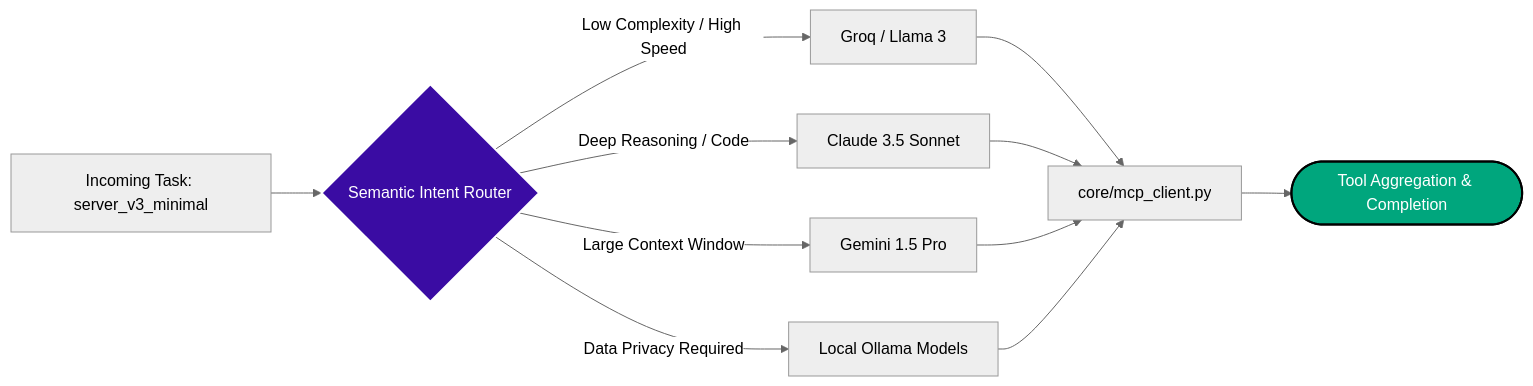
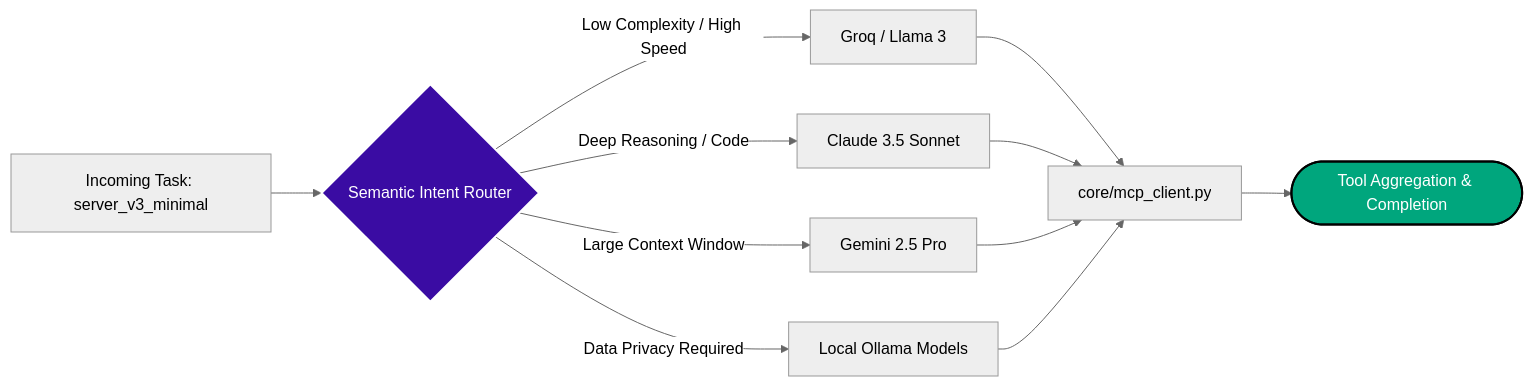
Before and after one commit to SIXxMENDER/Psiquis-X: the diagram in docs/architecture/cortex-router.md, drawn with Mermaid (neutral theme). The commit also changed other lines of this file and 6 other files, not shown here.

First line of the commit message:
docs: update architecture to Gemini 2.5 Pro & center ASCII logo

````diff
--- a/docs/architecture/cortex-router.md
+++ b/docs/architecture/cortex-router.md
@@ -11,19 +11,19 @@
 ```mermaid
 flowchart LR
     A[Incoming Task: server_v3_minimal] --> B{Semantic Intent Router}
     
     B -- "Low Complexity / High Speed" --> C[Groq / Llama 3]
     B -- "Deep Reasoning / Code" --> D[Claude 3.5 Sonnet]
-    B -- "Large Context Window" --> E[Gemini 1.5 Pro]
+    B -- "Large Context Window" --> E[Gemini 2.5 Pro]
     B -- "Data Privacy Required" --> F[Local Ollama Models]
     
     C --> G[core/mcp_client.py]
     D --> G
     E --> G
     F --> G
     
     G --> H([Tool Aggregation & Completion])
 
     style B fill:#3a0ca3,stroke:#fff,stroke-width:2px,color:#fff
     style H fill:#00a67d,stroke:#000,stroke-width:2px,color:#fff
 ```
````
